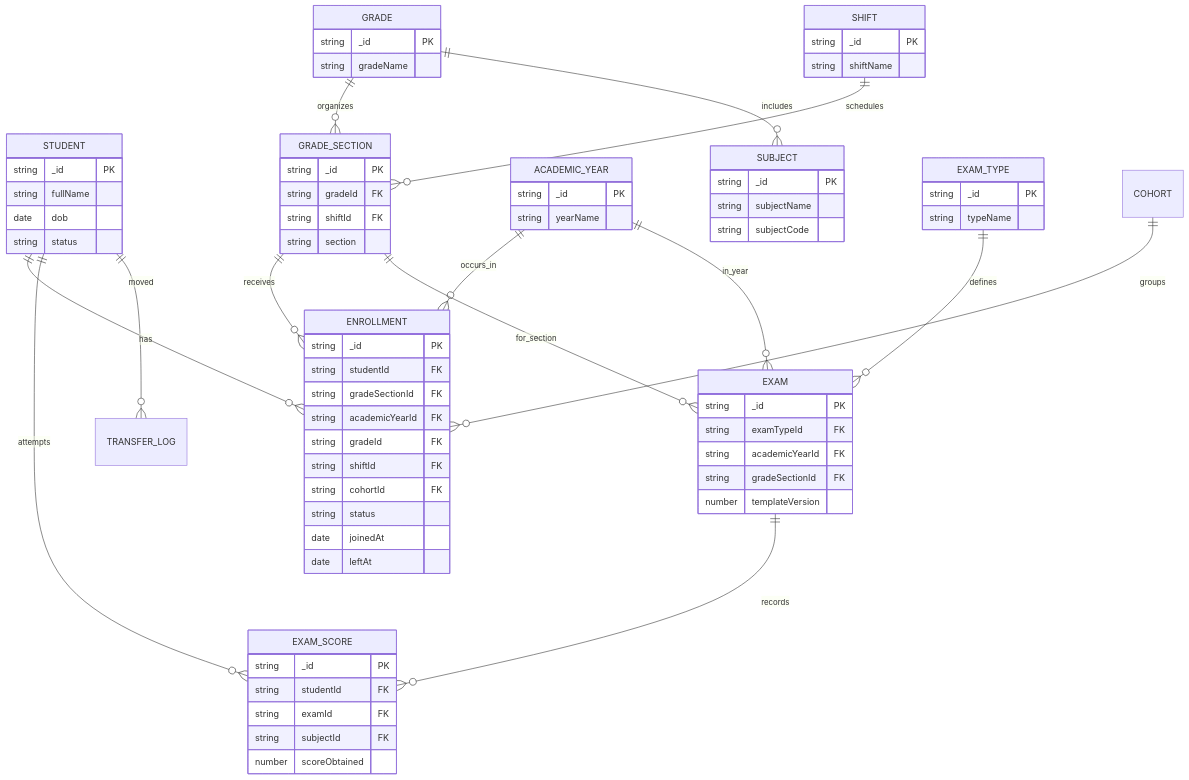
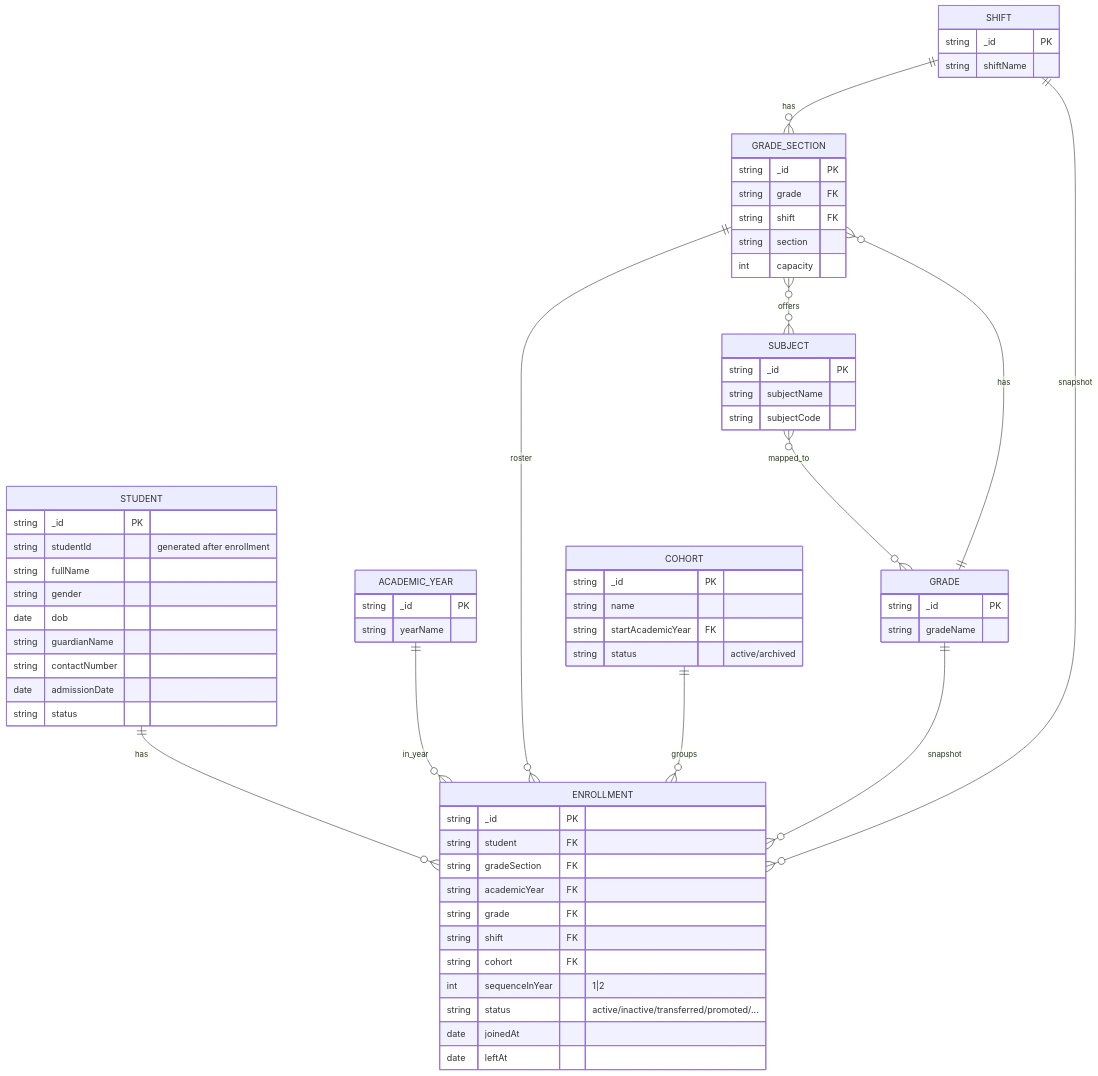
Before and after one commit to khays62/nuuru-al-bayaan: the second of 14 diagrams in docs/DIAGRAMS.md, drawn with Mermaid. The commit also changed other lines of this file, not shown here.

Commit message:
docs: fix mermaid diagrams

````diff
--- a/docs/DIAGRAMS.md
+++ b/docs/DIAGRAMS.md
@@ -54,76 +50,79 @@
 ```mermaid
 erDiagram
   STUDENT ||--o{ ENROLLMENT : has
-  GRADE_SECTION ||--o{ ENROLLMENT : receives
-  ACADEMIC_YEAR ||--o{ ENROLLMENT : occurs_in
-  GRADE ||--o{ GRADE_SECTION : organizes
-  SHIFT ||--o{ GRADE_SECTION : schedules
-  GRADE ||--o{ SUBJECT : includes
-  EXAM_TYPE ||--o{ EXAM : defines
-  ACADEMIC_YEAR ||--o{ EXAM : in_year
-  GRADE_SECTION ||--o{ EXAM : for_section
-  EXAM ||--o{ EXAM_SCORE : records
-  STUDENT ||--o{ EXAM_SCORE : attempts
+  ACADEMIC_YEAR ||--o{ ENROLLMENT : in_year
+  GRADE_SECTION ||--o{ ENROLLMENT : roster
+  GRADE ||--o{ GRADE_SECTION : has
+  SHIFT ||--o{ GRADE_SECTION : has
   COHORT ||--o{ ENROLLMENT : groups
-  STUDENT ||--o{ TRANSFER_LOG : moved
+
+  %% Denormalized: Enrollment stores grade + shift for fast filtering
+  GRADE ||--o{ ENROLLMENT : snapshot
+  SHIFT ||--o{ ENROLLMENT : snapshot
+
+  %% Many-to-many (via arrays)
+  GRADE_SECTION }o--o{ SUBJECT : offers
+  SUBJECT }o--o{ GRADE : mapped_to
 
   STUDENT {
     string _id PK
+    string studentId "generated after enrollment"
     string fullName
+    string gender
     date dob
+    string guardianName
+    string contactNumber
+    date admissionDate
     string status
   }
+
   ENROLLMENT {
     string _id PK
-    string studentId FK
-    string gradeSectionId FK
-    string academicYearId FK
-    string gradeId FK
-    string shiftId FK
-    string cohortId FK
-    string status
+    string student FK
+    string gradeSection FK
+    string academicYear FK
+    string grade FK
+    string shift FK
+    string cohort FK
+    int sequenceInYear "1|2"
+    string status "active/inactive/transferred/promoted/..."
     date joinedAt
     date leftAt
   }
+
   GRADE_SECTION {
     string _id PK
-    string gradeId FK
-    string shiftId FK
+    string grade FK
+    string shift FK
     string section
+    int capacity
   }
+
+  GRADE {
+    string _id PK
+    string gradeName
+  }
+
+  SHIFT {
+    string _id PK
+    string shiftName
+  }
+
+  ACADEMIC_YEAR {
+    string _id PK
+    string yearName
+  }
+
   SUBJECT {
     string _id PK
     string subjectName
     string subjectCode
   }
-  GRADE {
+
+  COHORT {
     string _id PK
-    string gradeName
-  }
-  ACADEMIC_YEAR {
-    string _id PK
-    string yearName
-  }
-  SHIFT {
-    string _id PK
-    string shiftName
-  }
-  EXAM_TYPE {
-    string _id PK
-    string typeName
-  }
-  EXAM {
-    string _id PK
-    string examTypeId FK
-    string academicYearId FK
-    string gradeSectionId FK
-    number templateVersion
-  }
-  EXAM_SCORE {
-    string _id PK
-    string studentId FK
-    string examId FK
-    string subjectId FK
-    number scoreObtained
+    string name
+    string startAcademicYear FK
+    string status "active/archived"
   }
 ```
````
